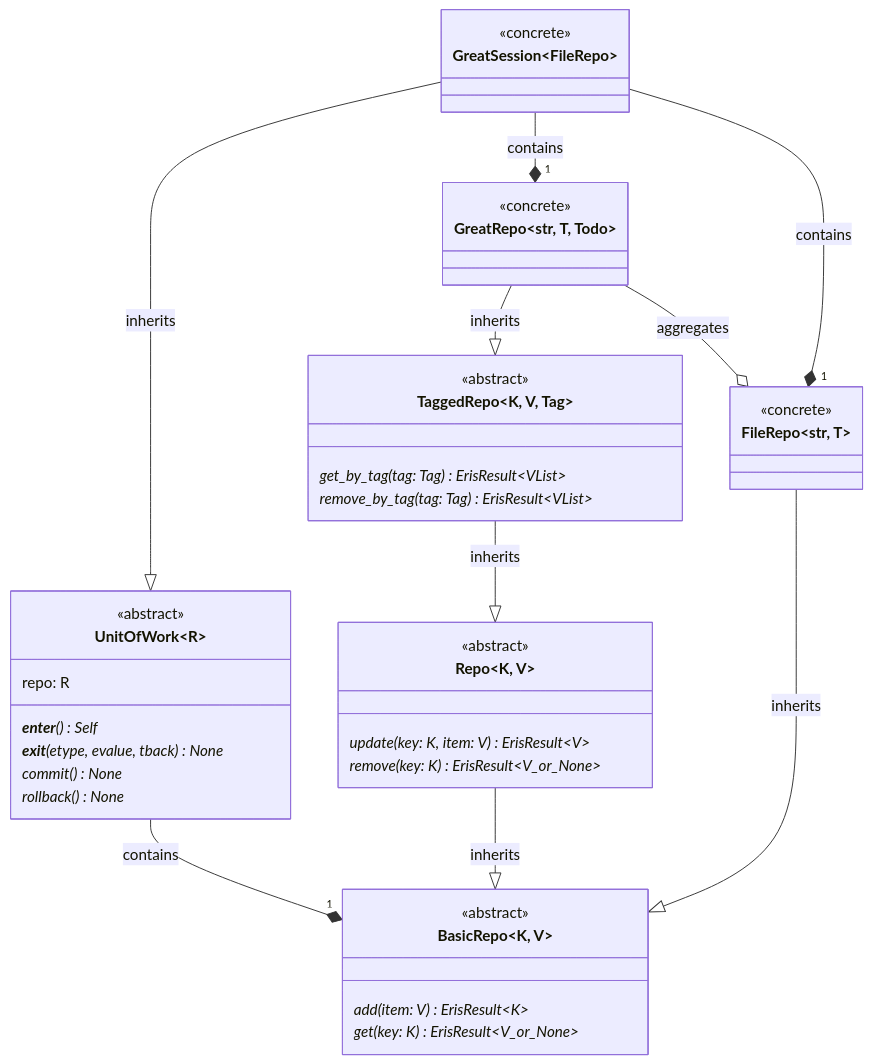
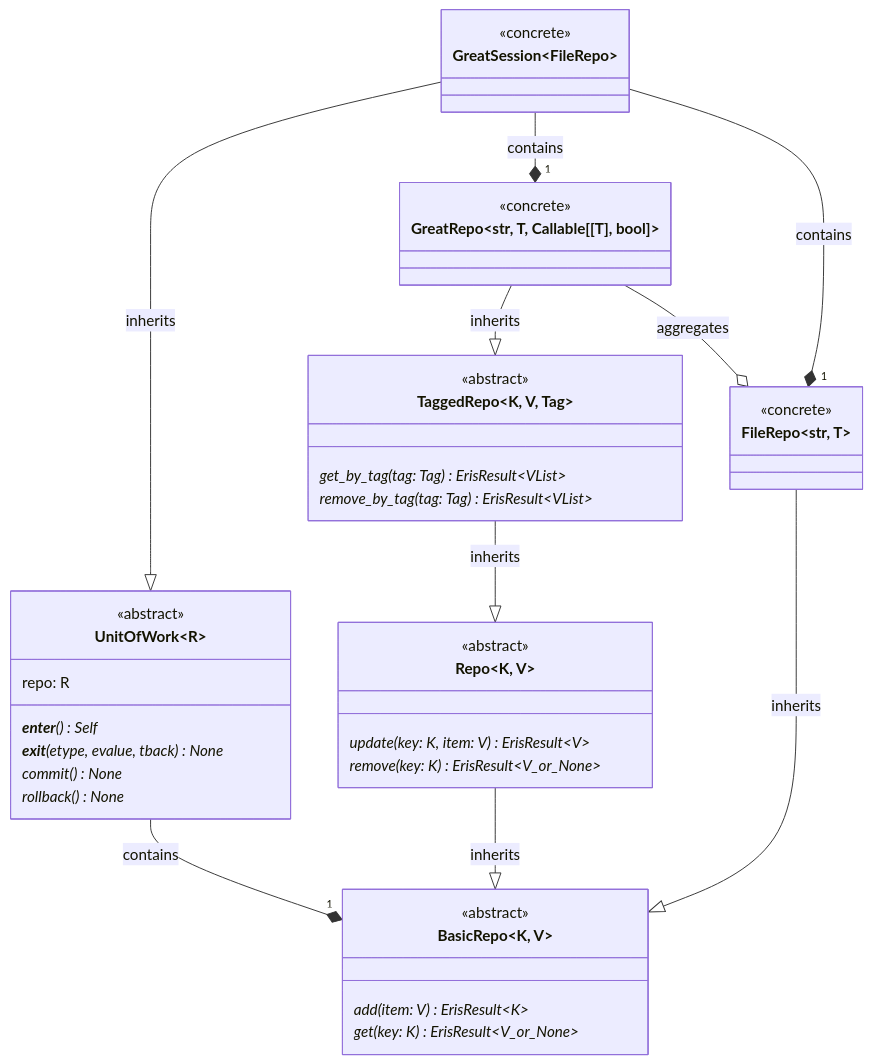
Before and after one commit to bbugyi200/greatday: the fourth of 4 diagrams in docs/design/design.template.md, drawn with Mermaid. The commit also changed other lines of this file and 4 other files, not shown here.

Commit message:
Update diagrams

````diff
--- a/docs/design/design.template.md
+++ b/docs/design/design.template.md
@@ -157,56 +159,56 @@
 ```mermaid
 classDiagram
     class BasicRepo~K, V~ {
         <<abstract>>
 
         add(item: V)* ErisResult~K~
         get(key: K)* ErisResult~V_or_None~
     }
 
     class Repo~K, V~ {
         <<abstract>>
 
         update(key: K, item: V)* ErisResult~V~
         remove(key: K)* ErisResult~V_or_None~
     }
 
     class TaggedRepo~K, V, Tag~ {
         <<abstract>>
 
         get_by_tag(tag: Tag)* ErisResult~VList~
         remove_by_tag(tag: Tag)* ErisResult~VList~
     }
 
-    class GreatRepo~str, T, Todo~ {
+    class GreatRepo~str, T, Callable[[T], bool]~ {
         <<concrete>>
     }
 
     class FileRepo~str, T~ {
         <<concrete>>
     }
 
     class UnitOfWork~R~ {
         <<abstract>>
 
         repo: R
 
         __enter__()* Self
         __exit__(etype, evalue, tback)* None
         commit()* None
         rollback()* None
     }
 
     class GreatSession~FileRepo~ {
         <<concrete>>
     }
 
     Repo --|> BasicRepo: inherits
     TaggedRepo --|> Repo: inherits
     UnitOfWork --* "1" BasicRepo: contains
     GreatRepo --|> TaggedRepo: inherits
     GreatRepo --o FileRepo: aggregates
     FileRepo --|> BasicRepo: inherits
     GreatSession --|> UnitOfWork: inherits
     GreatSession --* "1" GreatRepo: contains
     GreatSession --* "1" FileRepo: contains
 ```
````
